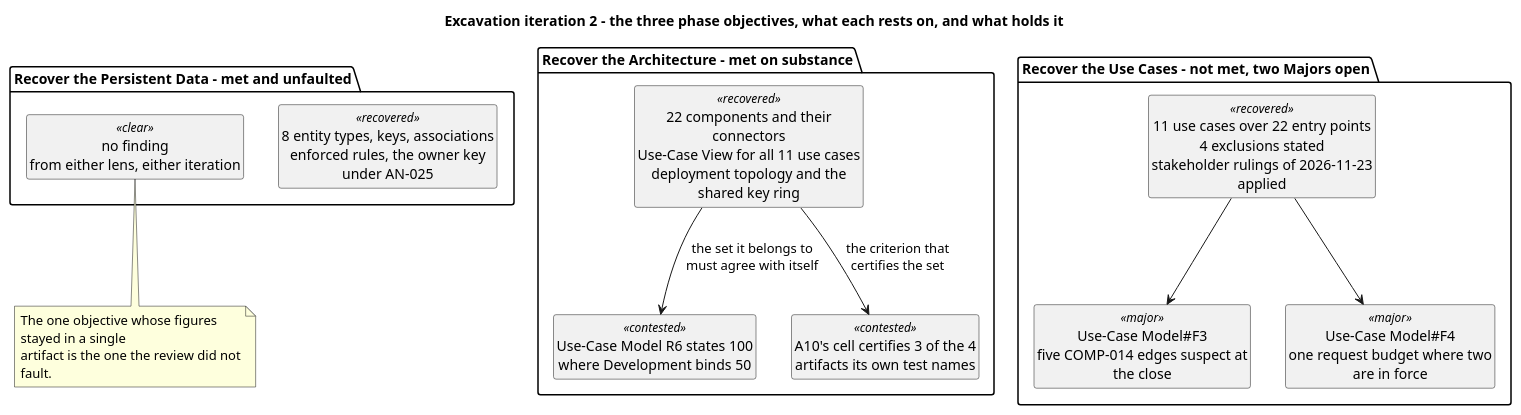
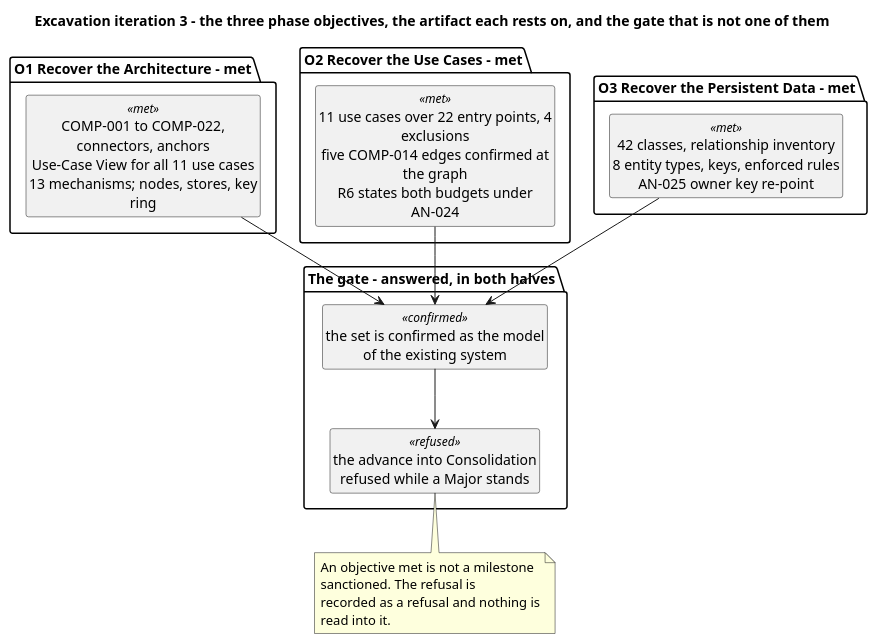
The first of 5 diagrams in docs/artifacts/project-management/iteration-assessment.md (banense-test/TodoApp), drawn with PlantUML before and after one commit. The commit also changed other lines of this file, not shown here.

First line of the commit message:
Project Manager [Excavation3]: upsert Iteration Assessment

````diff
--- a/docs/artifacts/project-management/iteration-assessment.md
+++ b/docs/artifacts/project-management/iteration-assessment.md
@@ -11,36 +11,31 @@
 ```plantuml
 @startuml
-title Excavation iteration 2 - the three phase objectives, what each rests on, and what holds it
+title Excavation iteration 3 - the three phase objectives, the artifact each rests on, and the gate that is not one of them
 skinparam shadowing false
-skinparam wrapWidth 225
+skinparam wrapWidth 235
 hide circle
 hide empty members
 
-package "Recover the Architecture - met on substance" {
-  class "22 components and their connectors\nUse-Case View for all 11 use cases\ndeployment topology and the shared key ring" as A <<recovered>>
-  class "Use-Case Model R6 states 100\nwhere Development binds 50" as H1 <<contested>>
-  class "A10's cell certifies 3 of the 4\nartifacts its own test names" as H2 <<contested>>
+package "O1 Recover the Architecture - met" {
+  class "COMP-001 to COMP-022, connectors, anchors\nUse-Case View for all 11 use cases\n13 mechanisms; nodes, stores, key ring" as O1 <<met>>
 }
-
-package "Recover the Use Cases - not met, two Majors open" {
-  class "11 use cases over 22 entry points\n4 exclusions stated\nstakeholder rulings of 2026-11-23 applied" as U <<recovered>>
-  class "Use-Case Model#F3\nfive COMP-014 edges suspect at the close" as H3 <<major>>
-  class "Use-Case Model#F4\none request budget where two are in force" as H4 <<major>>
+package "O2 Recover the Use Cases - met" {
+  class "11 use cases over 22 entry points, 4 exclusions\nfive COMP-014 edges confirmed at the graph\nR6 states both budgets under AN-024" as O2 <<met>>
 }
-
-package "Recover the Persistent Data - met and unfaulted" {
-  class "8 entity types, keys, associations\nenforced rules, the owner key under AN-025" as D <<recovered>>
-  class "no finding\nfrom either lens, either iteration" as H5 <<clear>>
+package "O3 Recover the Persistent Data - met" {
+  class "42 classes, relationship inventory\n8 entity types, keys, enforced rules\nAN-025 owner key re-point" as O3 <<met>>
 }
-
-A --> H1 : the set it belongs to\nmust agree with itself
-A --> H2 : the criterion that\ncertifies the set
-U --> H3
-U --> H4
-
-note bottom of H5
-  The one objective whose figures stayed in a single
-  artifact is the one the review did not fault.
+package "The gate - answered, in both halves" {
+  class "the set is confirmed as the model\nof the existing system" as CF <<confirmed>>
+  class "the advance into Consolidation\nrefused while a Major stands" as RF <<refused>>
+}
+O1 --> CF
+O2 --> CF
+O3 --> CF
+CF --> RF
+note bottom of RF
+  An objective met is not a milestone sanctioned. The refusal is
+  recorded as a refusal and nothing is read into it.
 end note
 @enduml
 ```
````
